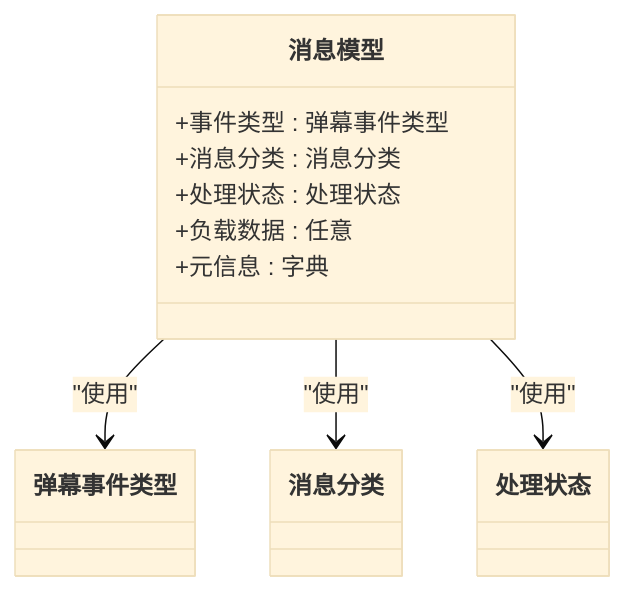
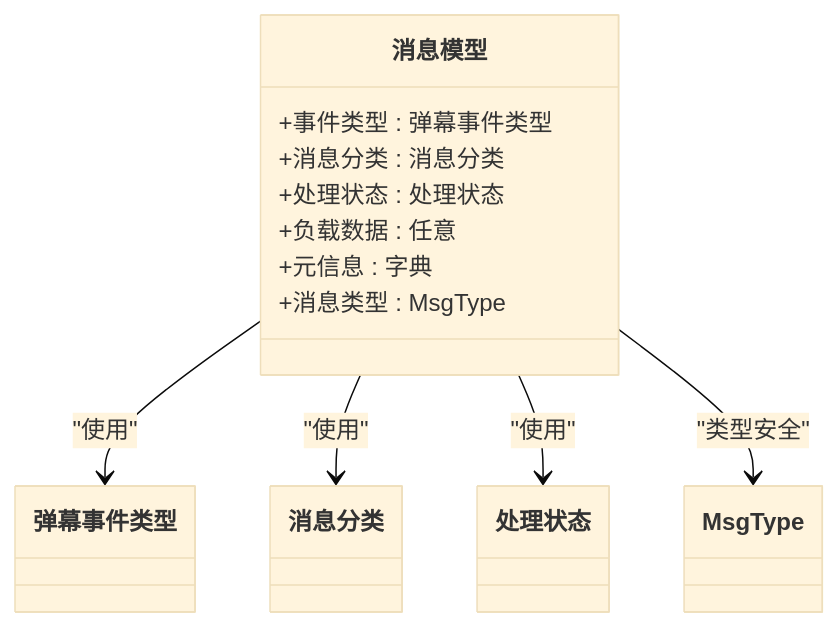
One commit to laowumdzz/Blive-Bot changed the eighth of 9 diagrams in .qoder/repowiki/zh/content/API参考/枚举类型.md. Above: the diagram before and after it, drawn with Mermaid (base theme). The commit also changed other lines of this file and 12 other files, not shown here.

````diff
--- a/.qoder/repowiki/zh/content/API参考/枚举类型.md
+++ b/.qoder/repowiki/zh/content/API参考/枚举类型.md
@@ -244,13 +309,15 @@
 ```mermaid
 classDiagram
 class 消息模型 {
 +事件类型 : 弹幕事件类型
 +消息分类 : 消息分类
 +处理状态 : 处理状态
 +负载数据 : 任意
 +元信息 : 字典
++消息类型 : MsgType
 }
 消息模型 --> 弹幕事件类型 : "使用"
 消息模型 --> 消息分类 : "使用"
 消息模型 --> 处理状态 : "使用"
+消息模型 --> MsgType : "类型安全"
 ```
````
